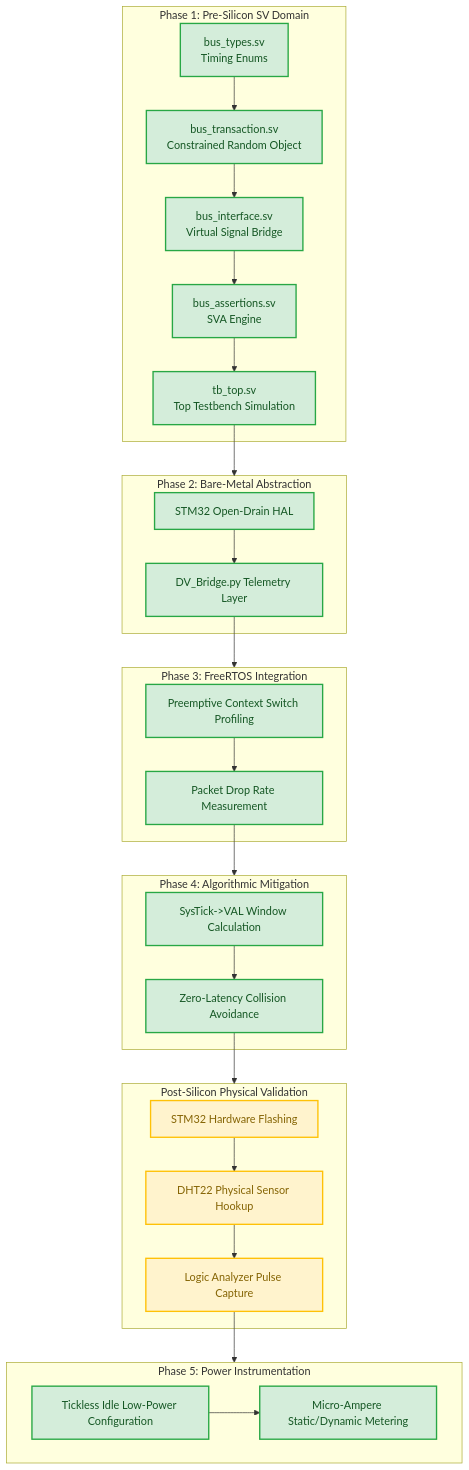
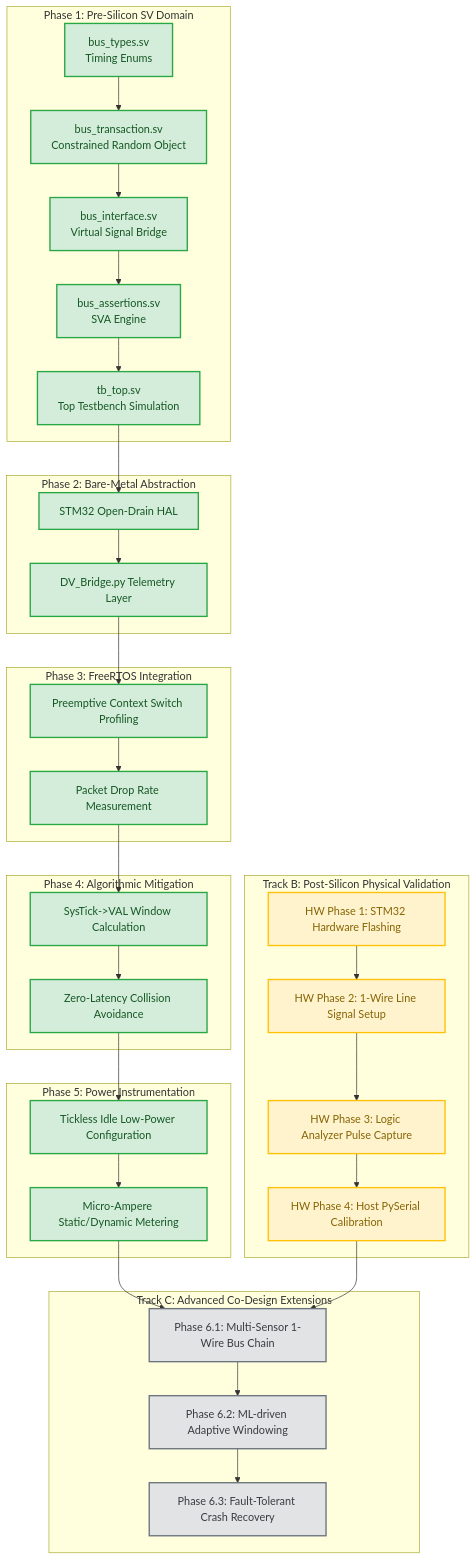
The diagram in DEVELOPMENT_LOG.md (ShaneT2010/rtos-safe-bus-scheduler), drawn with Mermaid before and after one commit. The commit also changed other lines of this file, not shown here.

````diff
--- a/DEVELOPMENT_LOG.md
+++ b/DEVELOPMENT_LOG.md
@@ -10,50 +10,62 @@
 ```mermaid
 graph TD
-    %% Styling Classes Definitions
+    %% Layout direction: Top to Bottom with clear twin-track architecture
     classDef completed fill:#d4edda,stroke:#28a745,stroke-width:2px,color:#155724;
     classDef active fill:#fff3cd,stroke:#ffc107,stroke-width:2px,color:#856404;
     classDef pending fill:#e2e3e5,stroke:#6c757d,stroke-width:2px,color:#383d41;
 
-    %% Phase 1 Blocks
+    %% ==================== TRACK A: VIRTUAL VECTORS & KERNEL ====================
     subgraph P1 [Phase 1: Pre-Silicon SV Domain]
         A[bus_types.sv<br>Timing Enums] --> B[bus_transaction.sv<br>Constrained Random Object]
         B --> C[bus_interface.sv<br>Virtual Signal Bridge]
         C --> D[bus_assertions.sv<br>SVA Engine]
         D --> E[tb_top.sv<br>Top Testbench Simulation]
     end
 
-    %% Phase 2 & 3 Blocks
     subgraph P2 [Phase 2: Bare-Metal Abstraction]
         F[STM32 Open-Drain HAL] --> G[DV_Bridge.py Telemetry Layer]
     end
 
     subgraph P3 [Phase 3: FreeRTOS Integration]
         H[Preemptive Context Switch Profiling] --> I[Packet Drop Rate Measurement]
     end
 
-    %% Phase 4 & 5 Blocks
     subgraph P4 [Phase 4: Algorithmic Mitigation]
         J[SysTick->VAL Window Calculation] --> K[Zero-Latency Collision Avoidance]
-    end
-
-    %% Post-Silicon Physical Verification Blocks (Parallel Track)
-    subgraph P_HW [Post-Silicon Physical Validation]
-        HW1[STM32 Hardware Flashing] --> HW2[DHT22 Physical Sensor Hookup]
-        HW2 --> HW3[Logic Analyzer Pulse Capture]
     end
 
     subgraph P5 [Phase 5: Power Instrumentation]
         L[Tickless Idle Low-Power Configuration] --> M[Micro-Ampere Static/Dynamic Metering]
     end
 
-    %% System Dependencies Linkage (Optimized Dual-Track Routing)
-    E --> P2
-    G --> P3
-    I --> P4
-    K --> P_HW
-    HW3 --> P5
+    %% Track A Internal Routing Flow
+    E --> F
+    G --> H
+    I --> J
+    K --> L
 
-    %% Apply Status Classes (Dynamically Updated for Final Project Completion)
+    %% ==================== TRACK B: POST-SILICON INSTRUMENTATION ====================
+    subgraph P_HW [Track B: Post-Silicon Physical Validation]
+        HW1[HW Phase 1: STM32 Hardware Flashing] --> HW2[HW Phase 2: 1-Wire Line Signal Setup]
+        HW2 --> HW3[HW Phase 3: Logic Analyzer Pulse Capture]
+        HW3 --> HW4[HW Phase 4: Host PySerial Calibration]
+    end
+
+    %% ==================== TRACK C: ADVANCED CO-DESIGN EXTENSIONS ====================
+    subgraph TrackC [Track C: Advanced Co-Design Extensions]
+        E1[Phase 6.1: Multi-Sensor 1-Wire Bus Chain]
+        E2[Phase 6.2: ML-driven Adaptive Windowing]
+        E3[Phase 6.3: Fault-Tolerant Crash Recovery]
+    end
+
+    %% Track Cross-Linkage Convergence
+    M --> E1
+    HW4 --> E1
+    E1 --> E2
+    E2 --> E3
+
+    %% Apply Status Classes (Dynamically Updated for Track A Completion)
     class A,B,C,D,E,F,G,H,I,J,K,L,M completed;
-    class HW1,HW2,HW3 active;
+    class HW1,HW2,HW3,HW4 active;
+    class E1,E2,E3 pending;
 ```
````
